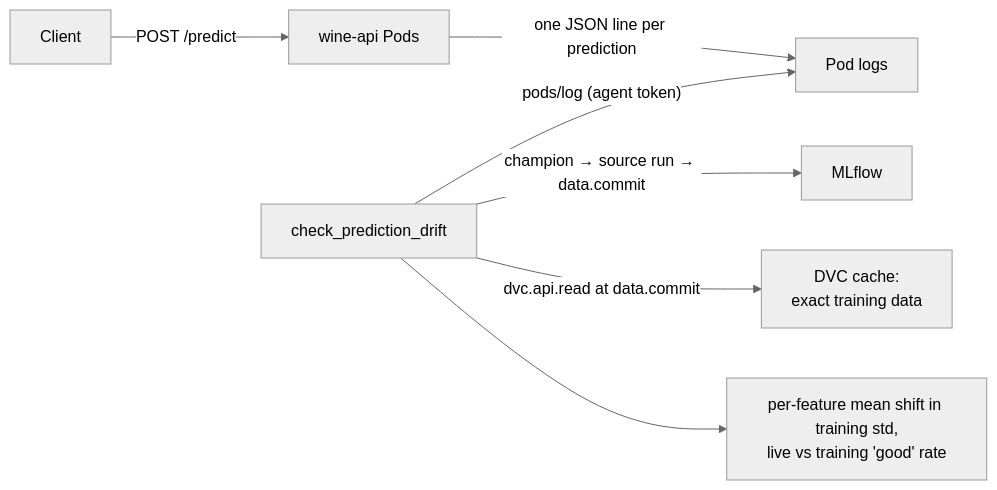
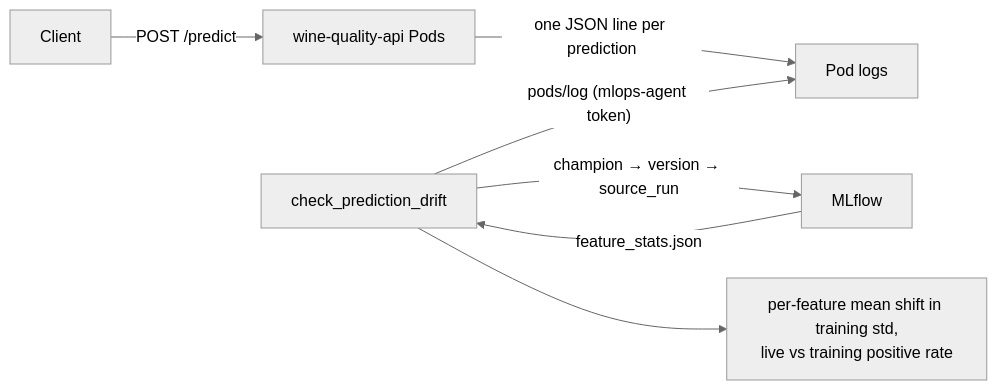
Before and after one commit to lioncovehx/grounded-mlops-agent: the sixth of 6 diagrams in architecture.md, drawn with Mermaid (neutral theme). The commit also changed other lines of this file and 29 other files, not shown here.

````diff
--- a/architecture.md
+++ b/architecture.md
@@ -132,9 +138,9 @@
 ```mermaid
 flowchart LR
-    C["Client"] -- "POST /predict" --> I["wine-api Pods"]
+    C["Client"] -- "POST /predict" --> I["wine-quality-api Pods"]
     I -- "one JSON line per prediction" --> L["Pod logs"]
-    T["check_prediction_drift"] -- "pods/log (agent token)" --> L
-    T -- "champion → source run → data.commit" --> M["MLflow"]
-    T -- "dvc.api.read at data.commit" --> D["DVC cache:<br/>exact training data"]
-    T --> R["per-feature mean shift in training std,<br/>live vs training 'good' rate"]
+    T["check_prediction_drift"] -- "pods/log (mlops-agent token)" --> L
+    T -- "champion → version → source_run" --> M["MLflow"]
+    M -- "feature_stats.json" --> T
+    T --> R["per-feature mean shift in training std,<br/>live vs training positive rate"]
 ```
````
